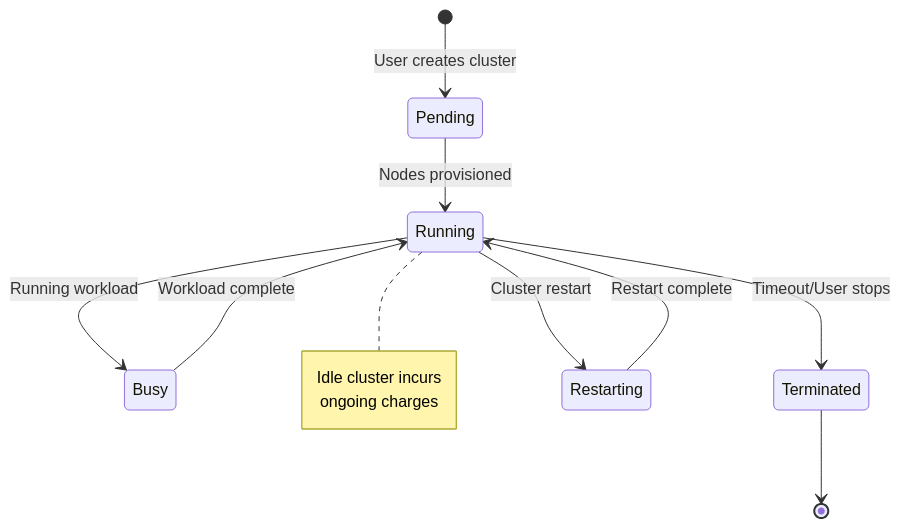
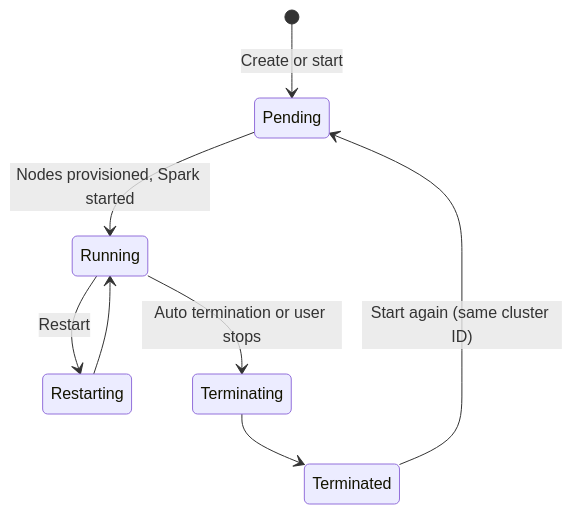
One commit to kengio/databricks-certification-study-guide changed the second of 2 diagrams in certifications/data-engineer-associate/01-databricks-intelligence-platform/03-compute-clusters.md. Above: the diagram before and after it, drawn with Mermaid. The commit also changed other lines of this file and 11 other files, not shown here.

````diff
--- a/certifications/data-engineer-associate/01-databricks-intelligence-platform/03-compute-clusters.md
+++ b/certifications/data-engineer-associate/01-databricks-intelligence-platform/03-compute-clusters.md
@@ -155,16 +116,10 @@
 ```mermaid
 stateDiagram-v2
-    [*] --> Pending: User creates cluster
-    Pending --> Running: Nodes provisioned
-    Running --> Busy: Running workload
-    Busy --> Running: Workload complete
-    Running --> Terminated: Timeout/User stops
-    Running --> Restarting: Cluster restart
-    Restarting --> Running: Restart complete
-    Terminated --> [*]
-
-    note right of Running
-        Idle cluster incurs
-        ongoing charges
-    end note
+    [*] --> Pending: Create or start
+    Pending --> Running: Nodes provisioned, Spark started
+    Running --> Restarting: Restart
+    Restarting --> Running
+    Running --> Terminating: Auto termination or user stops
+    Terminating --> Terminated
+    Terminated --> Pending: Start again (same cluster ID)
 ```
````
